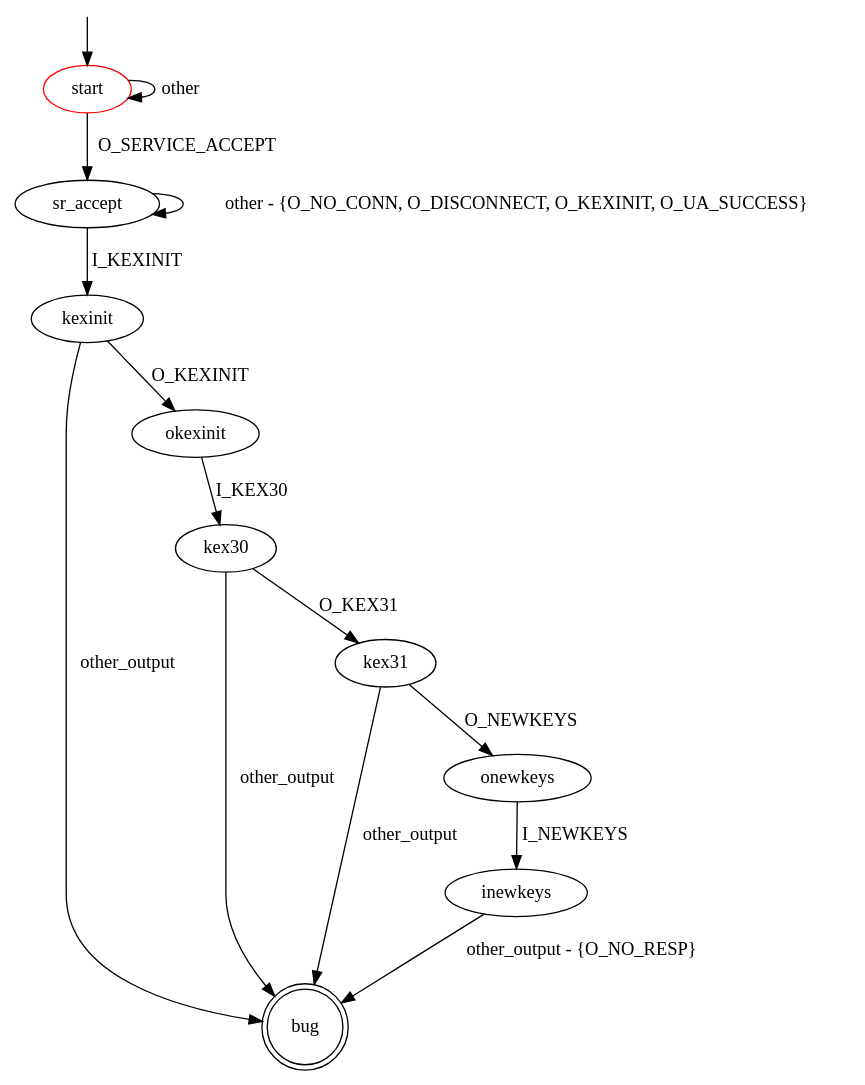
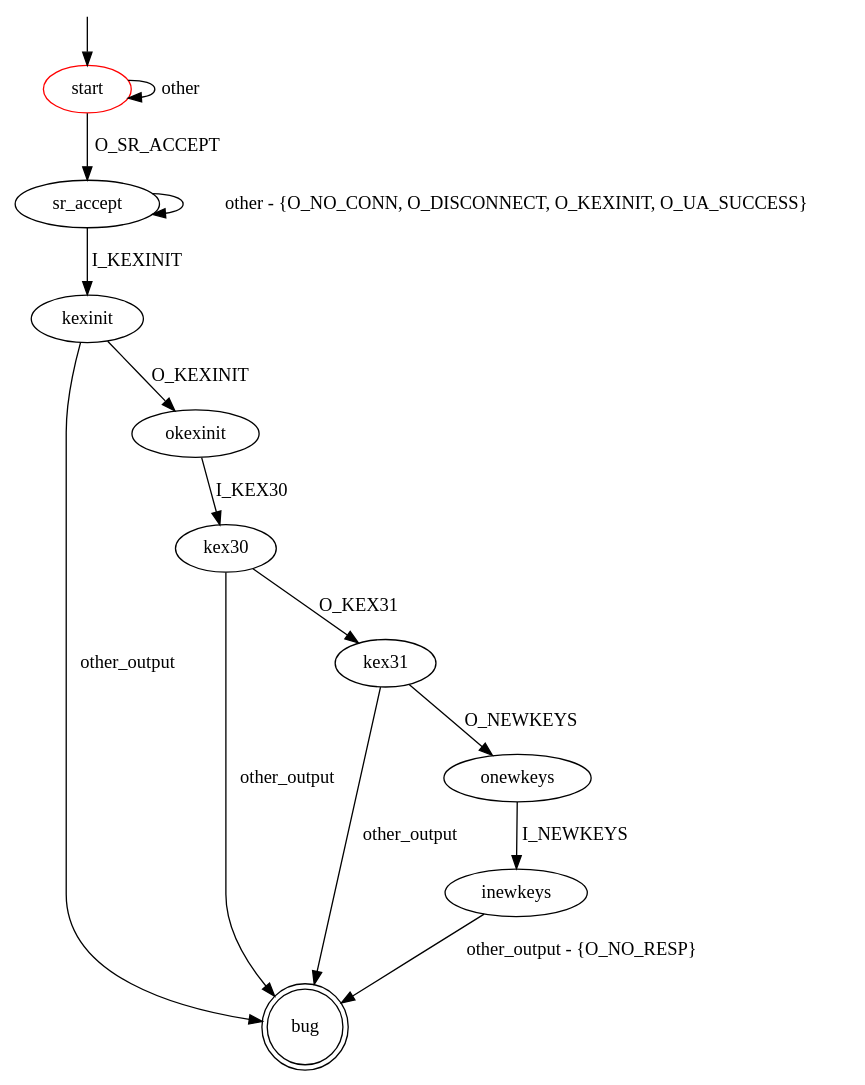
Before and after one commit to assist-project/state-machine-bug-finder: the diagram in src/main/resources/patterns/ssh/rekey_failure_pre-authentication.dot, drawn with Graphviz. The commit also changed 10 other files, not shown here.

```diff
--- a/src/main/resources/patterns/ssh/rekey_failure_pre-authentication.dot
+++ b/src/main/resources/patterns/ssh/rekey_failure_pre-authentication.dot
@@ -1,22 +1,22 @@
 digraph G {
 label=""
 start [color="red"]
 bug [shape="doublecircle"]
 
-start -> sr_accept [label="O_SERVICE_ACCEPT"]
+start -> sr_accept [label="O_SR_ACCEPT"]
 start -> start [label="other"]
 sr_accept -> kexinit [label="I_KEXINIT"]
 sr_accept -> sr_accept [label="other - {O_NO_CONN, O_DISCONNECT, O_KEXINIT, O_UA_SUCCESS}"]
 kexinit -> okexinit [label="O_KEXINIT"]
 kexinit -> bug [label="other_output"]
 okexinit -> kex30 [label="I_KEX30"]
 kex30 -> kex31 [label="O_KEX31"]
 kex30 -> bug [label="other_output"]
 kex31 -> onewkeys [label="O_NEWKEYS"]
 kex31 -> bug [label="other_output"]
 onewkeys -> inewkeys [label="I_NEWKEYS"]
 inewkeys -> bug [label="other_output - {O_NO_RESP}"]
 
 __start0 [label="" shape="none" width="0" height="0"];
 __start0 -> start;
 }
```
